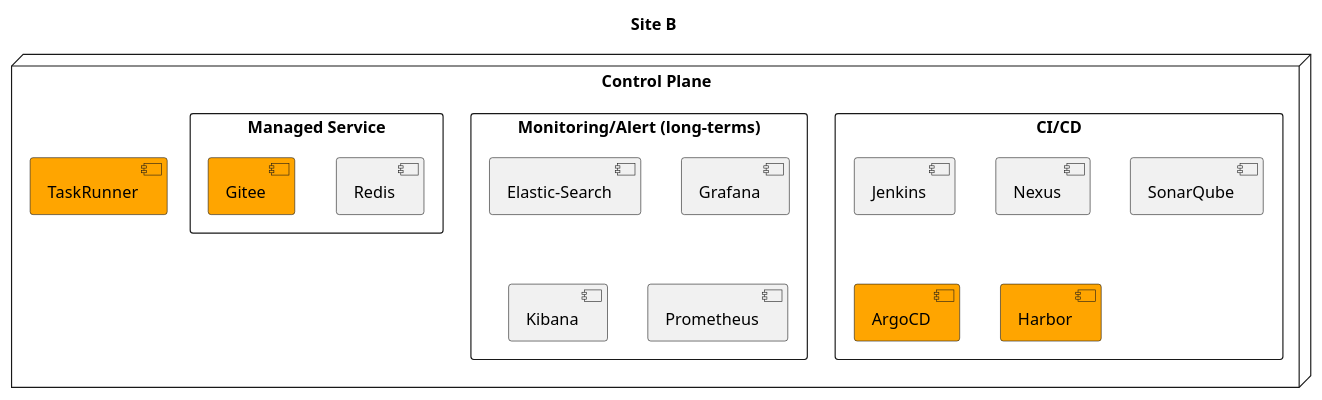
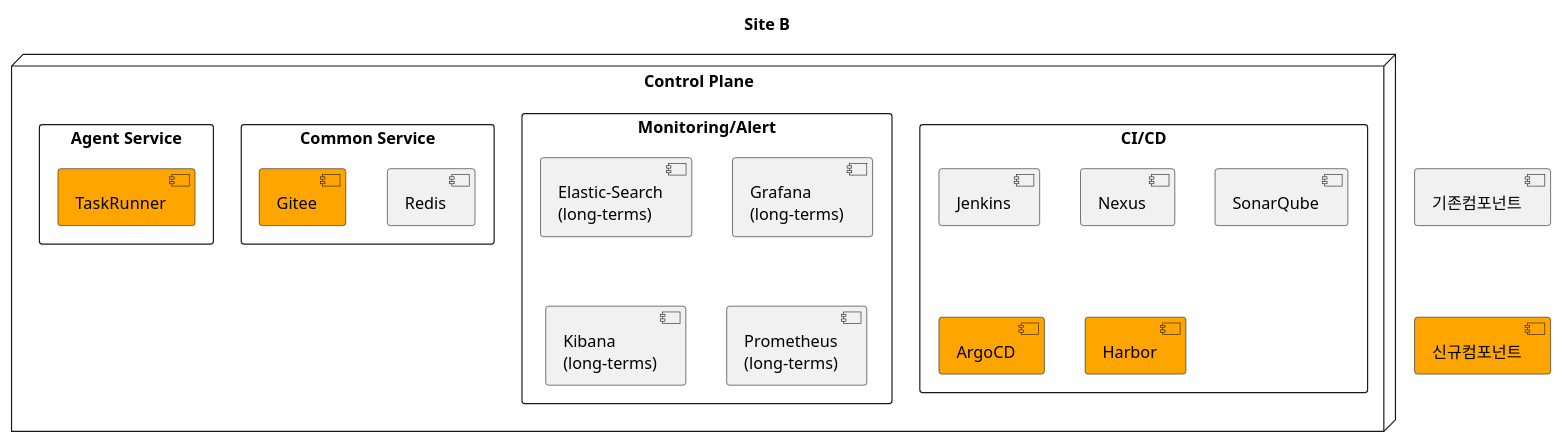
The second of 8 diagrams in docs/src/multi-cloud/diagram.md (kloudbank/htdp1.github.io), drawn with PlantUML before and after one commit. The commit also changed other lines of this file, not shown here.

```diff
--- a/docs/src/multi-cloud/diagram.md
+++ b/docs/src/multi-cloud/diagram.md
@@ -37,26 +40,32 @@
 @startuml
 
 title "Site B"
+
+[기존컴포넌트] as old
+[신규컴포넌트] as new #orange
+old -[hidden]d-> new
 
 node "Control Plane" as bcp {
     rectangle "CI/CD" as bcp_cicd {
         [Jenkins] as bcp_cicd_jenkins
         [Nexus] as bcp_cicd_nexus
         [SonarQube] as bcp_cicd_sonarqube
         [ArgoCD] as bcp_cicd_argocd #orange
         [Harbor] as bcp_cicd_harbor #orange
     }
-    rectangle "Monitoring/Alert (long-terms)" as bcp_mon {
-        [Elastic-Search] as bcp_mon_elk
-        [Grafana] as bcp_mon_grafana
-        [Kibana] as bcp_mon_kibana
-        [Prometheus] as bcp_mon_prometheus
+    rectangle "Monitoring/Alert" as bcp_mon {
+        [Elastic-Search\n(long-terms)] as bcp_mon_elk
+        [Grafana\n(long-terms)] as bcp_mon_grafana
+        [Kibana\n(long-terms)] as bcp_mon_kibana
+        [Prometheus\n(long-terms)] as bcp_mon_prometheus
     }
-    rectangle "Managed Service" as bcp_mananged {
+    rectangle "Common Service" as bcp_comm {
         [Redis] as bcp_mananged_redis
         [Gitee] as bcp_mananged_gitee #orange
     }
-    [TaskRunner] as bcp_cicd_taskruuner #orange
+    rectangle "Agent Service" as bcp_agent {
+        [TaskRunner] as bcp_comm_taskruuner #orange
+    }
 }
 
 @enduml
```
